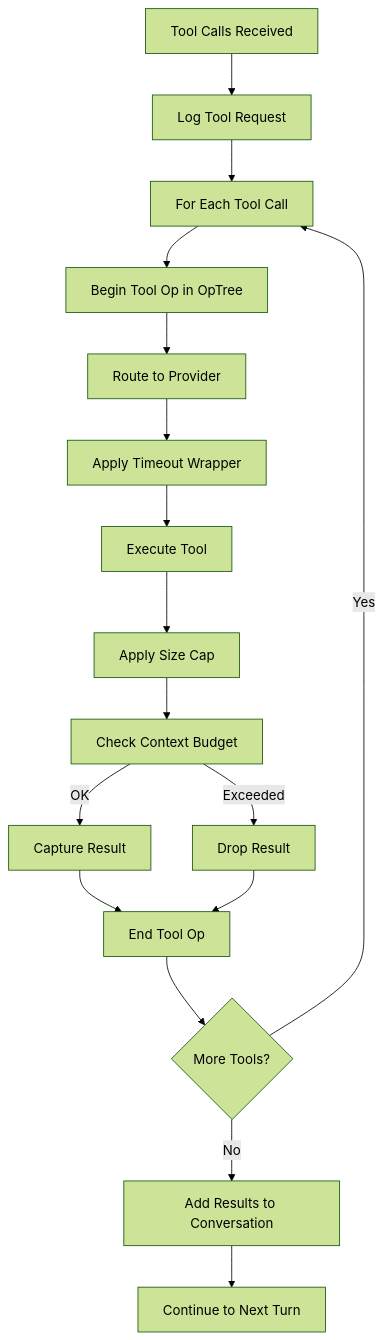
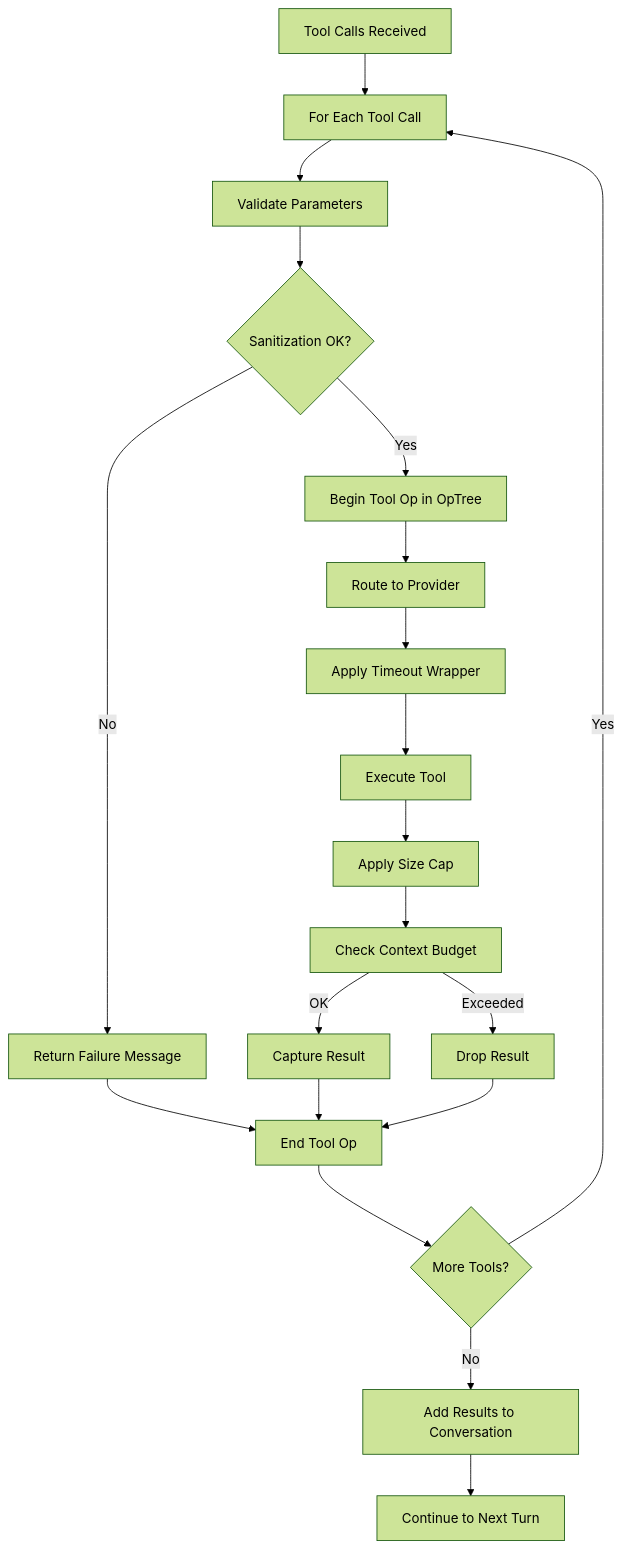
Before and after one commit to netdata/netdata: the fourth of 4 diagrams in docs/Technical-Specs-Session-Lifecycle.md, drawn with Mermaid (forest theme). The commit also changed other lines of this file and 60 other files, not shown here.

````diff
--- a/docs/Technical-Specs-Session-Lifecycle.md
+++ b/docs/Technical-Specs-Session-Lifecycle.md
@@ -316,23 +363,25 @@
 ```mermaid
 flowchart TD
-    Start[Tool Calls Received] --> Log[Log Tool Request]
-    Log --> Loop[For Each Tool Call]
-
-    Loop --> Begin[Begin Tool Op in OpTree]
+    Start[Tool Calls Received] --> Loop[For Each Tool Call]
+    Loop --> Validate[Validate Parameters]
+    Validate --> Sanitize{Sanitization OK?}
+    Sanitize -->|No| Fail[Return Failure Message]
+    Sanitize -->|Yes| Begin[Begin Tool Op in OpTree]
     Begin --> Route[Route to Provider]
     Route --> Timeout[Apply Timeout Wrapper]
     Timeout --> Execute[Execute Tool]
     Execute --> Size[Apply Size Cap]
     Size --> Budget[Check Context Budget]
 
     Budget -->|OK| Capture[Capture Result]
     Budget -->|Exceeded| Drop[Drop Result]
 
     Capture --> End[End Tool Op]
+    Fail --> End
     Drop --> End
     End --> More{More Tools?}
 
     More -->|Yes| Loop
     More -->|No| Add[Add Results to Conversation]
     Add --> Continue[Continue to Next Turn]
 ```
````
